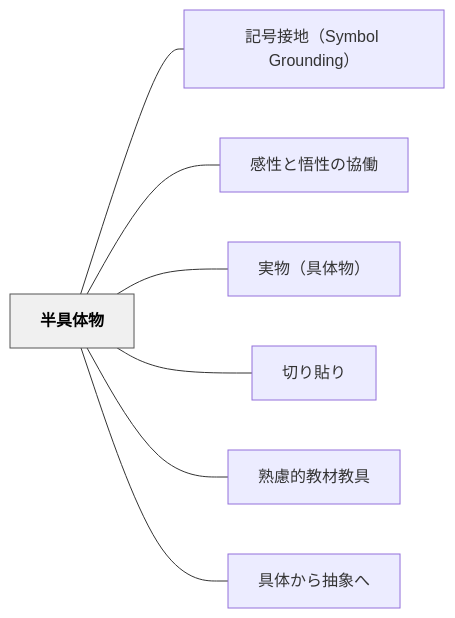
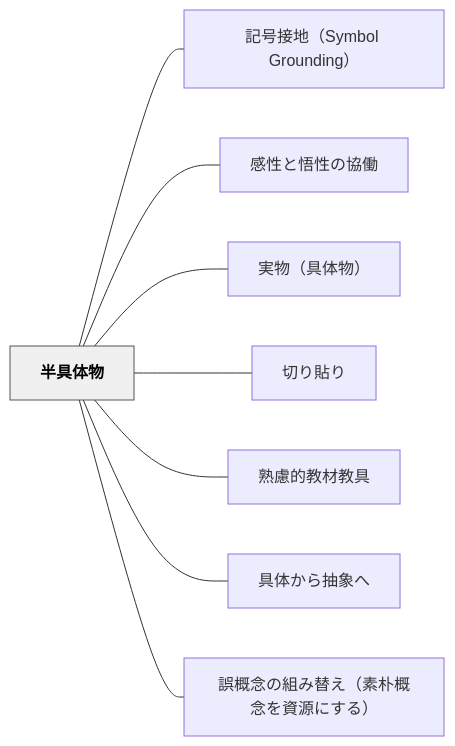
Before and after one commit to unknownthings-ed-patterns/unknownthings-ed-patterns: the diagram in content/パタン/半具体物.md, drawn with Mermaid. The commit also changed other lines of this file and 2 other files, not shown here.

Commit message:
auto: Obsidianから同期 2026-06-13 02:49

````diff
--- a/content/パタン/半具体物.md
+++ b/content/パタン/半具体物.md
@@ -55,20 +56,22 @@
 ```mermaid
 flowchart LR
     ne58d8ae585b7e4bd93e789a9["半具体物"]
     ne8a898e58fb7e68ea5e59cb0efbc8853796d626f6c2047726f756e64696e67efbc89["記号接地（Symbol Grounding）"]
     ne6849fe680a7e381a8e6829fe680a7e381aee58d94e5838d["感性と悟性の協働"]
     ne5ae9fe789a9efbc88e585b7e4bd93e789a9efbc89["実物（具体物）"]
     ne58887e3828ae8b2bce3828a["切り貼り"]
     ne7869fe685aee79a84e69599e69d90e69599e585b7["熟慮的教材教具"]
     ne585b7e4bd93e3818be38289e68abde8b1a1e381b8["具体から抽象へ"]
+    ne8aaa4e6a682e5bfb5e381aee7b584e381bfe69bbfe38188efbc88e7b4a0e69cb4e6a682e5bfb5e38292e8b387e6ba90e381abe38199e3828befbc89["誤概念の組み替え（素朴概念を資源にする）"]
 
     ne58d8ae585b7e4bd93e789a9 --- ne8a898e58fb7e68ea5e59cb0efbc8853796d626f6c2047726f756e64696e67efbc89
     ne58d8ae585b7e4bd93e789a9 --- ne6849fe680a7e381a8e6829fe680a7e381aee58d94e5838d
     ne58d8ae585b7e4bd93e789a9 --- ne5ae9fe789a9efbc88e585b7e4bd93e789a9efbc89
     ne58d8ae585b7e4bd93e789a9 --- ne58887e3828ae8b2bce3828a
     ne58d8ae585b7e4bd93e789a9 --- ne7869fe685aee79a84e69599e69d90e69599e585b7
     ne58d8ae585b7e4bd93e789a9 --- ne585b7e4bd93e3818be38289e68abde8b1a1e381b8
+    ne58d8ae585b7e4bd93e789a9 --- ne8aaa4e6a682e5bfb5e381aee7b584e381bfe69bbfe38188efbc88e7b4a0e69cb4e6a682e5bfb5e38292e8b387e6ba90e381abe38199e3828befbc89
 
     classDef hub fill:#f0f0f0,stroke:#555,color:#000,font-weight:bold
     class ne58d8ae585b7e4bd93e789a9 hub
 ```
````
